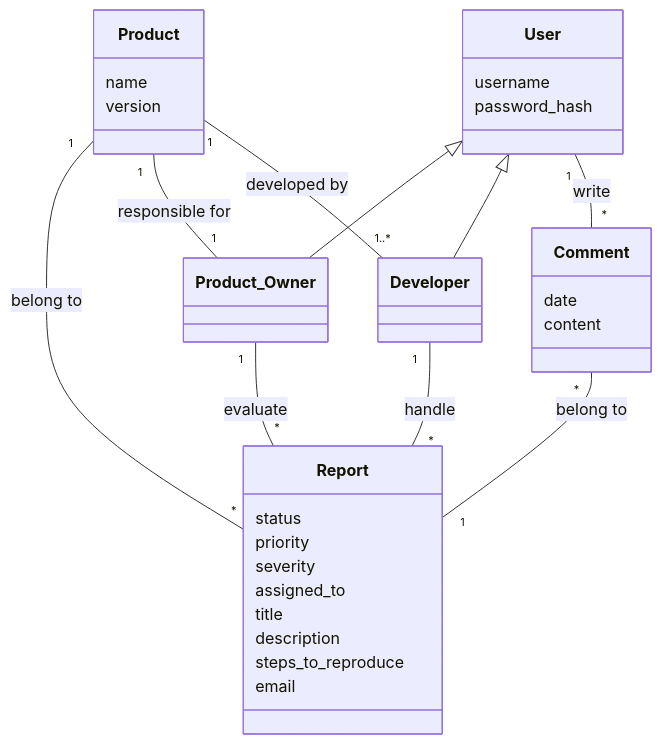
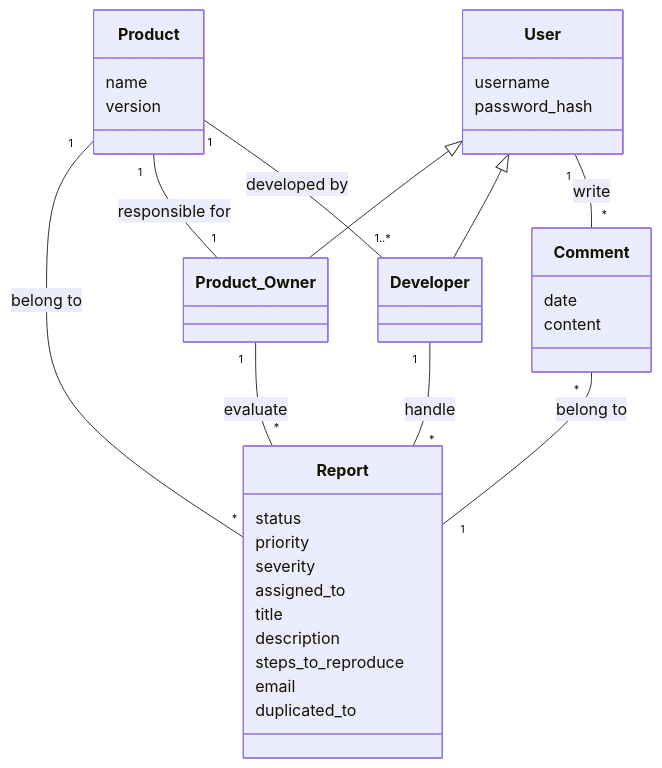
One commit to LinChengHao3606307/COMP_3297_Group_G_Project changed the diagram in README.md. Above: the diagram before and after it, drawn with Mermaid. The commit also changed 1 other file, not shown here.

````diff
--- a/README.md
+++ b/README.md
@@ -40,46 +40,47 @@
 ```mermaid
 classDiagram
 
     User <|-- Product_Owner 
     User <|-- Developer
     
     Product "1" -- "*" Report : belong to
     Product "1" -- "1" Product_Owner : responsible for
     Product "1" -- "1..*" Developer : developed by
     
     User "1" -- "*" Comment : write
 
     Developer "1" -- "*" Report : handle
     Product_Owner "1" -- "*" Report : evaluate
 
     Comment "*" -- "1" Report : belong to
 
 
     class Product{
         name
         version
     }
 
     class Report{
         status
         priority
         severity
         assigned_to
         title
         description
         steps_to_reproduce
         email
+        duplicated_to
     }
 
     class Comment{
         date
         content
     }
 
     class User{
         username
         password_hash
     }
     
 
 ```
````
